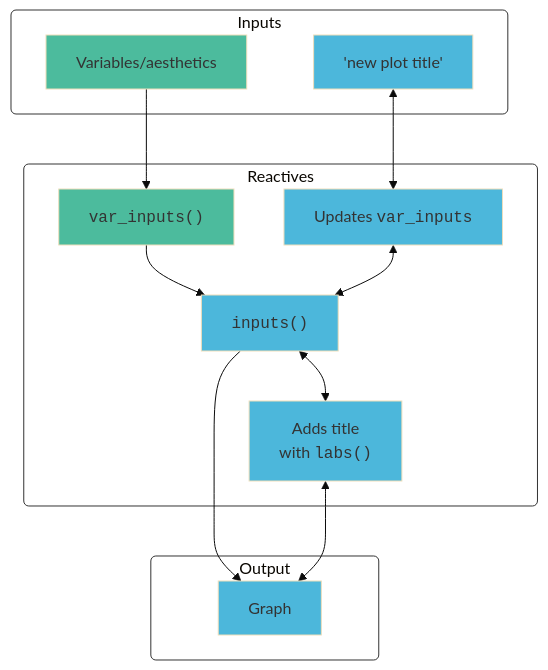
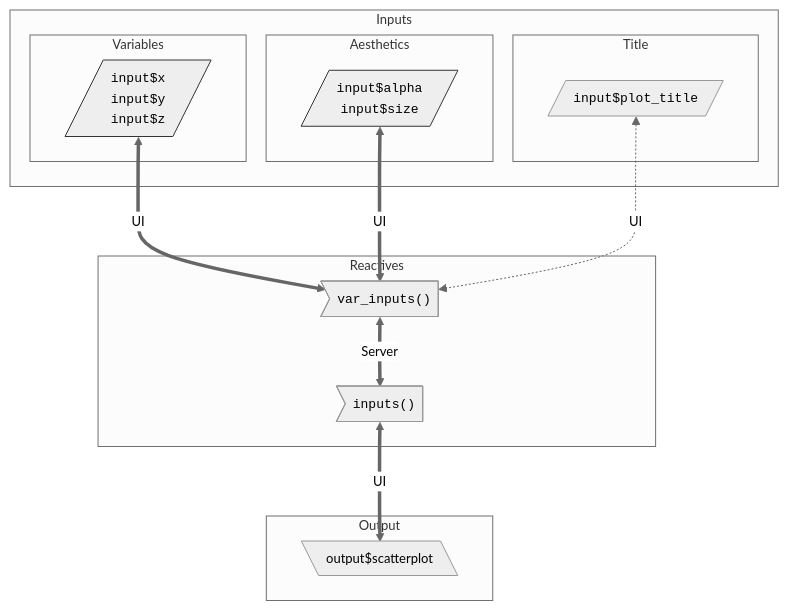
One commit to mjfrigaard/shiny-app-pkgs changed the third of 4 diagrams in debug.qmd. Above: the diagram before and after it, drawn with Mermaid. The commit also changed other lines of this file and 31 other files, not shown here.

````diff
--- a/debug.qmd
+++ b/debug.qmd
@@ -188,41 +224,34 @@
 ```{mermaid}
-%%| label: function_exec_browser
+%%| fig-cap: '*Updating the plot title*'
 %%| fig-align: center
-%%| fig-cap: '*Updating the plot title*'
-%%{init: {'theme': 'base', 'themeVariables': { 'fontFamily': 'monospace'}}}%%
+%%{init: {'theme': 'neutral', 'themeVariables': { 'fontFamily': 'monospace', "fontSize":"13px"}}}%%
 flowchart TD
     subgraph Inputs["Inputs"]
-        VarInput[Variables/aesthetics]
-        TitleInput["'new plot title'"]
+        subgraph Variables["Variables"]
+        var_input[/"<code>input$x</code><br><code>input$y</code><br><code>input$z</code>"/]
+        end
+        subgraph Aesthetics["Aesthetics"]
+        aes_input[/"<code>input$alpha</code><br><code>input$size</code>"/]
+        end
+        subgraph Title["Title"]
+        plot_title[/"<code>input$plot_title</code>"/]
+        end
         
     end
     subgraph React["Reactives"]
-        R1["<code>var_inputs()</code> "]
-        R2["<code>inputs()</code>"]
-        R3["Updates <code>var_inputs</code>"]
-        R4["Adds title 
-            with <code>labs()</code>"]
+        var_inputs>"<code>var_inputs()</code> "]
+        inputs>"<code>inputs()</code>"]
     end
     subgraph Output["Output"]
-        O1[Graph]
+        output[\"output$scatterplot"\]
     end
-    VarInput --> R1
-    TitleInput <--> R3
-    R1 --> R2
-    R2 <--> R4
-    R3 <--> R2
-    R2 --> O1
-    R4 <--> O1
 
 
-    style Inputs fill:#FFFFFF,stroke:#333,stroke-width:1px,rx:5,ry:5
-    style React fill:#FFFFFF,stroke:#333,stroke-width:1px,rx:5,ry:5
-    style Output fill:#FFFFFF,stroke:#333,stroke-width:1px,rx:5,ry:5
-    style VarInput fill:#4CBB9D
-    style TitleInput fill:#4CB7DB
-    style R1 fill:#4CBB9D
-    style R2 fill:#4CB7DB
-    style R3 fill:#4CB7DB
-    style R4 fill:#4CB7DB
-    style O1 fill:#4CB7DB
+    var_input & aes_input <==> |"UI"|var_inputs 
+    plot_title <-.-> |"UI"|var_inputs 
+    var_inputs <==> |"Server"|inputs
+    inputs <==> |"UI"|output
+    
+    style var_input stroke:#333,stroke-width:1px,rx:5,ry:5 
+    style aes_input stroke:#333,stroke-width:1px,rx:5,ry:5
 ```
````
